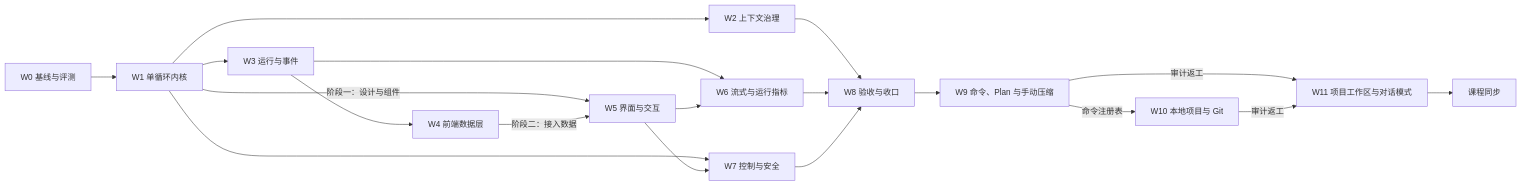
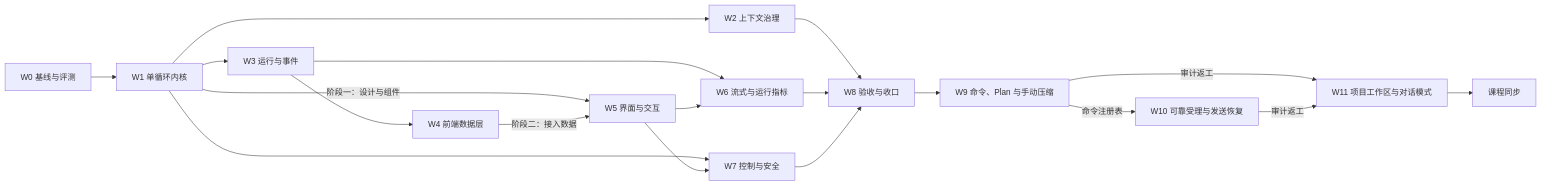
The diagram in docs/plan/README.md (xinqingaa/ray_agent), drawn with Mermaid before and after one commit. The commit also changed other lines of this file and 4 other files, not shown here.

````diff
--- a/docs/plan/README.md
+++ b/docs/plan/README.md
@@ -101,21 +119,21 @@
 ```mermaid
 flowchart LR
   W0[W0 基线与评测] --> W1[W1 单循环内核]
   W1 --> W2[W2 上下文治理]
   W1 --> W3[W3 运行与事件]
   W3 --> W4[W4 前端数据层]
   W1 -- 阶段一：设计与组件 --> W5[W5 界面与交互]
   W4 -- 阶段二：接入数据 --> W5
   W3 --> W6[W6 流式与运行指标]
   W5 --> W6
   W1 --> W7[W7 控制与安全]
   W5 --> W7
   W2 --> W8[W8 验收与收口]
   W6 --> W8
   W7 --> W8
   W8 --> W9[W9 命令、Plan 与手动压缩]
-  W9 -- 命令注册表 --> W10[W10 本地项目与 Git]
+  W9 -- 命令注册表 --> W10[W10 可靠受理与发送恢复]
   W9 -- 审计返工 --> W11[W11 项目工作区与对话模式]
   W10 -- 审计返工 --> W11
   W11 --> L[课程同步]
 ```
````
